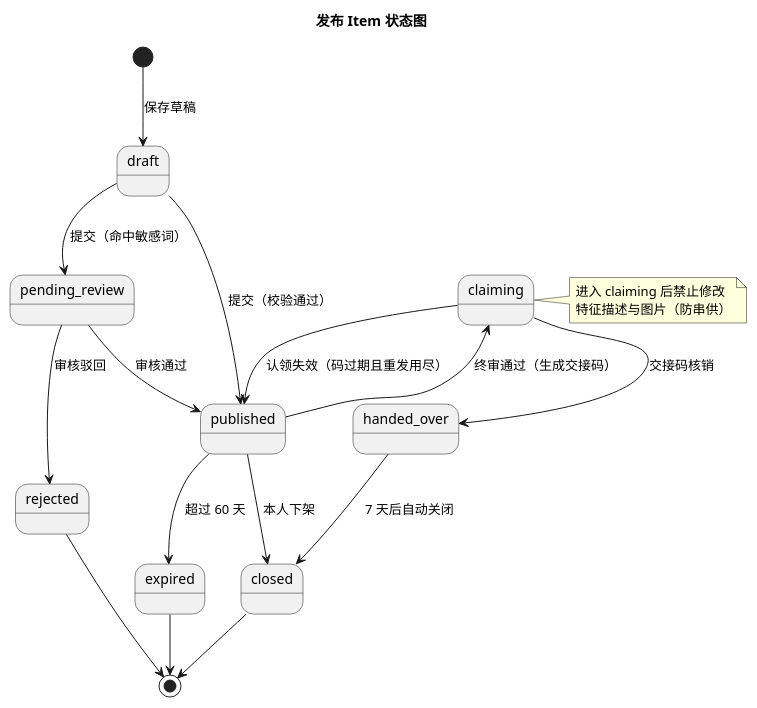
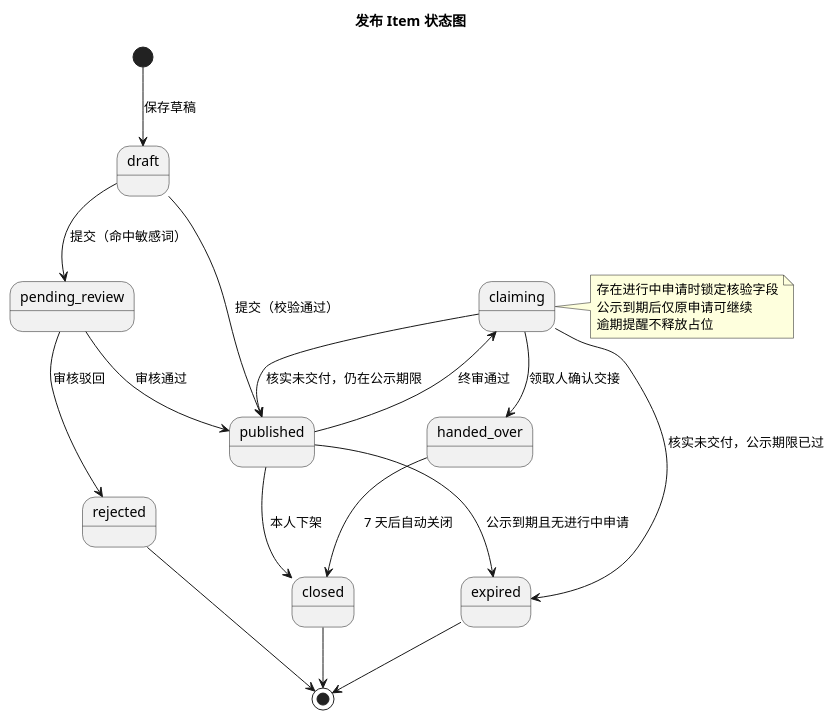
The diagram in models/state/item-state.puml (phao90016-jpg/Tongji-campus-lost-found), drawn with PlantUML before and after one commit. The commit also changed 50 other files, not shown here.

```diff
--- a/models/state/item-state.puml
+++ b/models/state/item-state.puml
@@ -1,29 +1,31 @@
 @startuml item-state
 ' 发布（失物 / 招领）状态图 · PlantUML 版
 ' 与 docs/03-需求分析模型/状态图与顺序图.md §1.1 一致
 title 发布 Item 状态图
 
 skinparam defaultFontName "Microsoft YaHei"
 skinparam shadowing false
 
 [*] --> draft : 保存草稿
 draft --> pending_review : 提交（命中敏感词）
 draft --> published : 提交（校验通过）
 pending_review --> published : 审核通过
 pending_review --> rejected : 审核驳回
-published --> claiming : 终审通过（生成交接码）
+published --> claiming : 终审通过
 published --> closed : 本人下架
-published --> expired : 超过 60 天
-claiming --> handed_over : 交接码核销
-claiming --> published : 认领失效（码过期且重发用尽）
+published --> expired : 公示到期且无进行中申请
+claiming --> handed_over : 领取人确认交接
+claiming --> published : 核实未交付，仍在公示期限
+claiming --> expired : 核实未交付，公示期限已过
 handed_over --> closed : 7 天后自动关闭
 rejected --> [*]
 expired --> [*]
 closed --> [*]
 
 note right of claiming
-  进入 claiming 后禁止修改
-  特征描述与图片（防串供）
+  存在进行中申请时锁定核验字段
+  公示到期后仅原申请可继续
+  逾期提醒不释放占位
 end note
 
 @enduml
```
